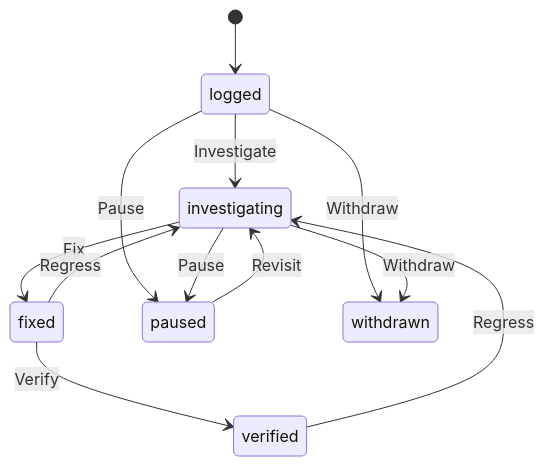
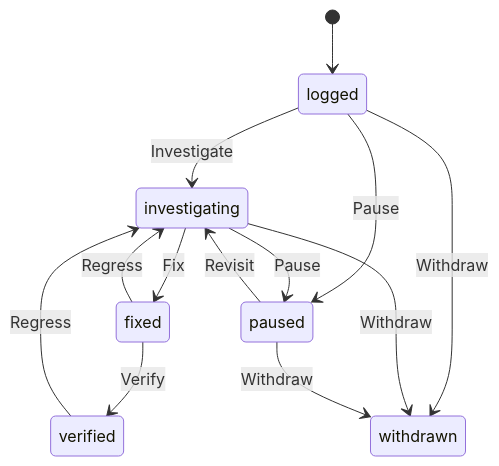
One commit to heckslabs/hecks changed the fifth of 17 diagrams in qa/glossary/glossary.md. Above: the diagram before and after it, drawn with Mermaid. The commit also changed other lines of this file and 1226 other files, not shown here.

````diff
--- a/qa/glossary/glossary.md
+++ b/qa/glossary/glossary.md
@@ -173,14 +181,15 @@
 ```mermaid
 stateDiagram-v2
     [*] --> logged
     logged --> investigating: Investigate
     investigating --> fixed: Fix
     fixed --> verified: Verify
     logged --> paused: Pause
     investigating --> paused: Pause
     logged --> withdrawn: Withdraw
     investigating --> withdrawn: Withdraw
+    paused --> withdrawn: Withdraw
     fixed --> investigating: Regress
     verified --> investigating: Regress
     paused --> investigating: Revisit
 ```
````
